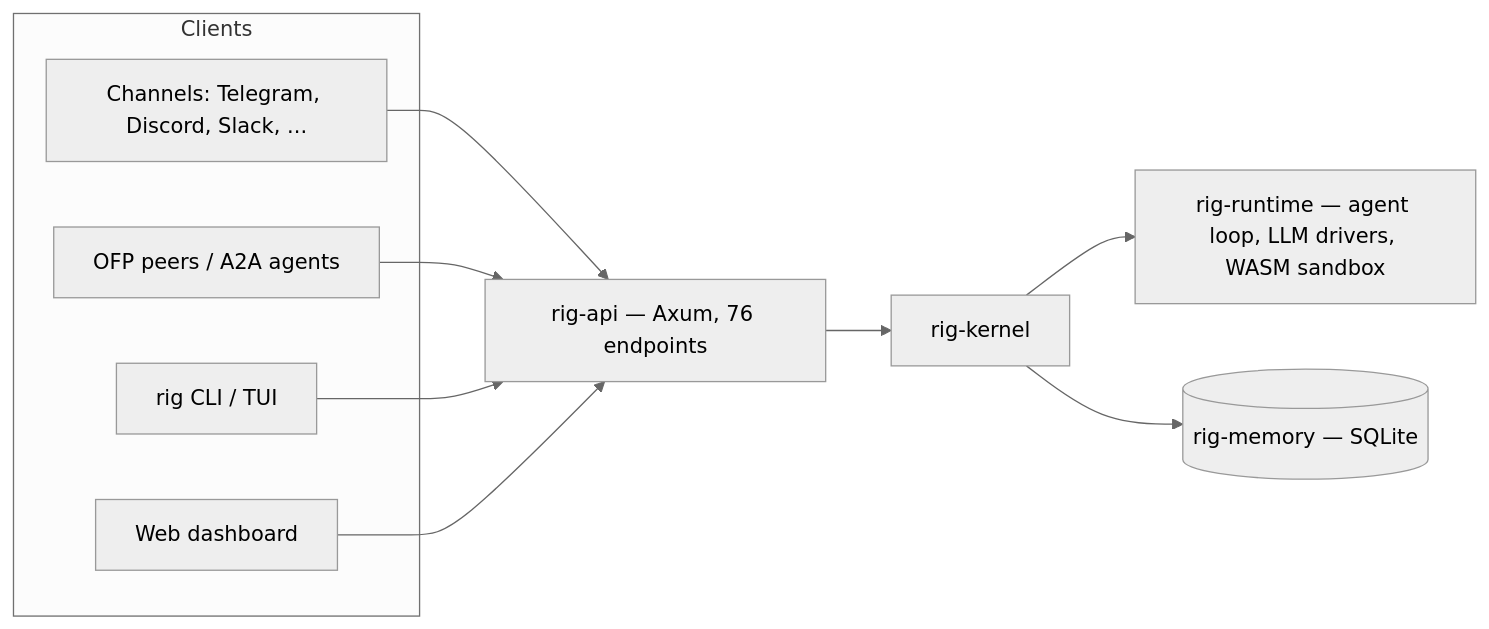
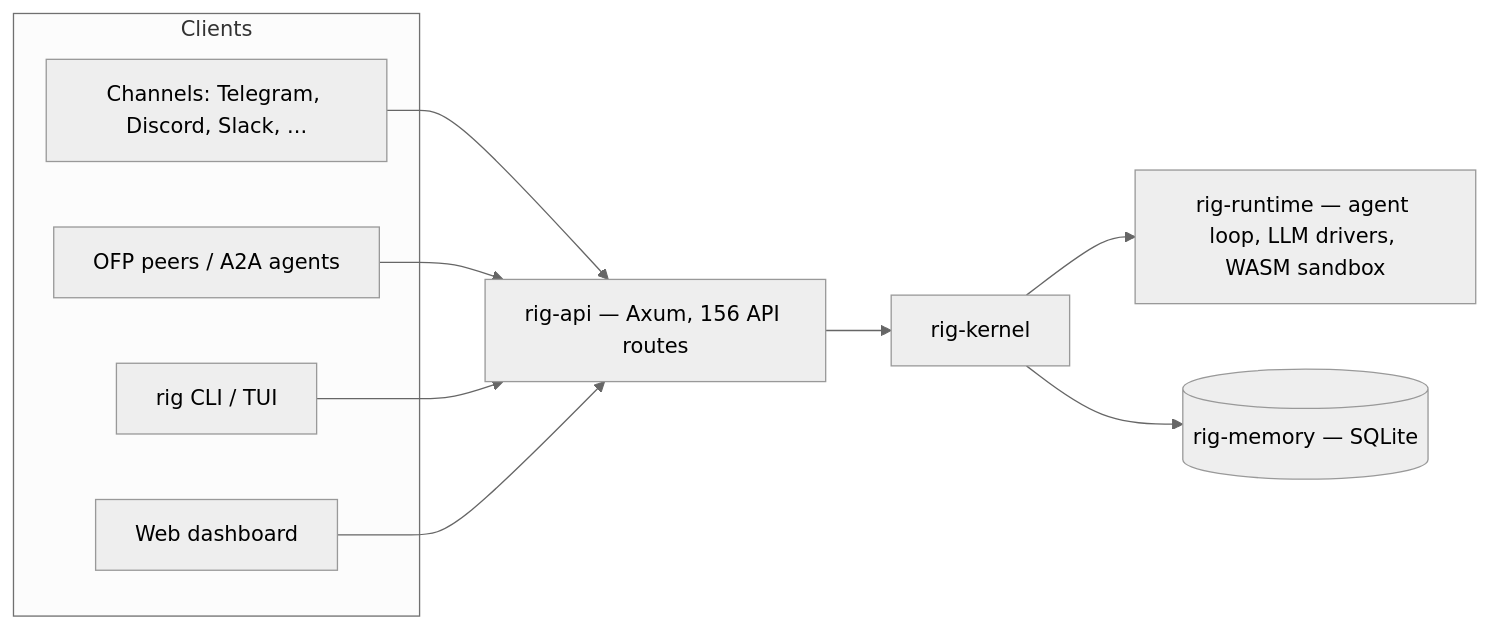
The diagram in README.md (toxicwind/rig), drawn with Mermaid (neutral theme) before and after one commit. The commit also changed other lines of this file, not shown here.

Commit message:
docs: correct README counts (156 API routes, schema v8, 61 skills)

````diff
--- a/README.md
+++ b/README.md
@@ -33,16 +33,16 @@
 ```mermaid
 flowchart LR
     subgraph clients["Clients"]
         CLI[rig CLI / TUI]
         DASH[Web dashboard]
         CH[Channels: Telegram, Discord, Slack, ...]
         PEERS[OFP peers / A2A agents]
     end
-    API[rig-api — Axum, 76 endpoints] --> K[rig-kernel]
+    API[rig-api — Axum, 156 API routes] --> K[rig-kernel]
     K --> RT[rig-runtime — agent loop, LLM drivers, WASM sandbox]
     K --> MEM[(rig-memory — SQLite)]
     CH --> API
     PEERS --> API
     CLI --> API
     DASH --> API
 ```
````
